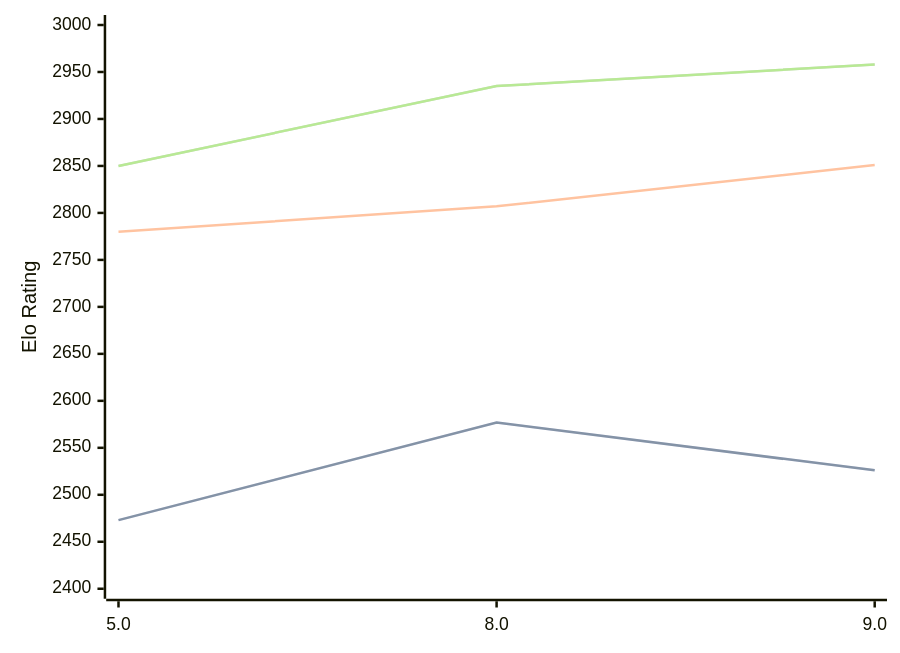
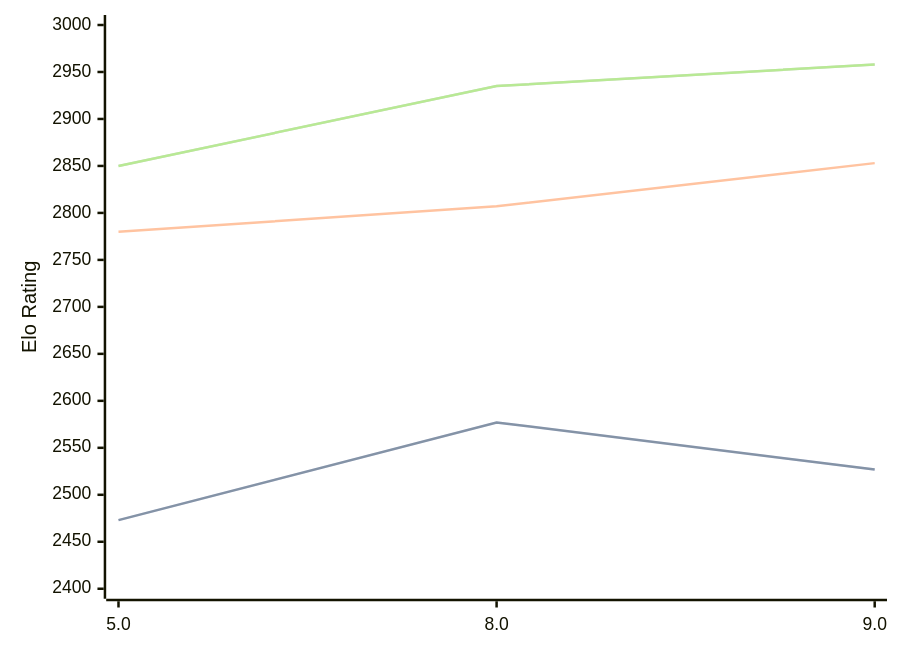
Before and after one commit to computer-chess-index/cci: the diagram in engines/4kc.md, drawn with Mermaid. The commit also changed other lines of this file, not shown here.

````diff
--- a/engines/4kc.md
+++ b/engines/4kc.md
@@ -42,11 +42,11 @@
 ```mermaid
 %%{init: {"theme":"base","themeVariables":{"seriesColors:['#a3a3a3','#222221','#faa371']}}}%%
 xychart-beta
   x-axis ["5.0", "8.0", "9.0"]
   y-axis "Elo Rating" 2400 --> 3000
-  line "STC (8.0+0.08s)" [2473, 2577, 2526]
-  line "STC (8.0+0.08s)" [2473, 2577, 2526]
-  line "LTC (60.0+0.60s)" [2780, 2807, 2851]
+  line "STC (8.0+0.08s)" [2473, 2577, 2527]
+  line "STC (8.0+0.08s)" [2473, 2577, 2527]
+  line "LTC (60.0+0.60s)" [2780, 2807, 2853]
   line "VLTC (2m24s+1.12s)" [2850, 2935, 2958]
   line "VLTC (2m24s+1.12s)" [2850, 2935, 2958]
 ```
````
